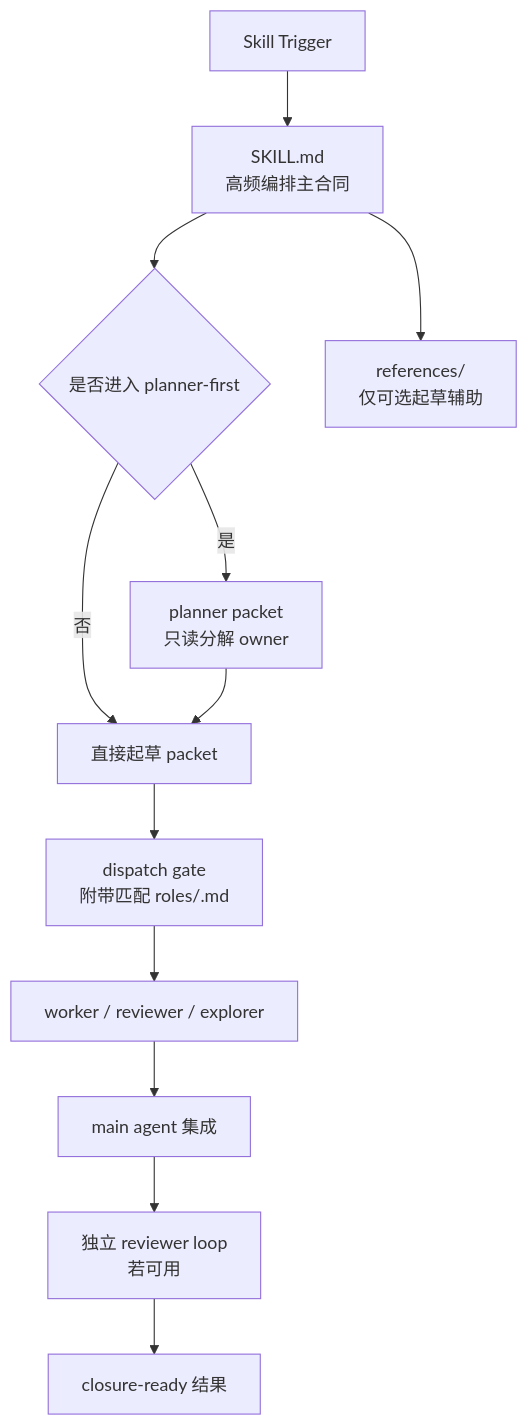
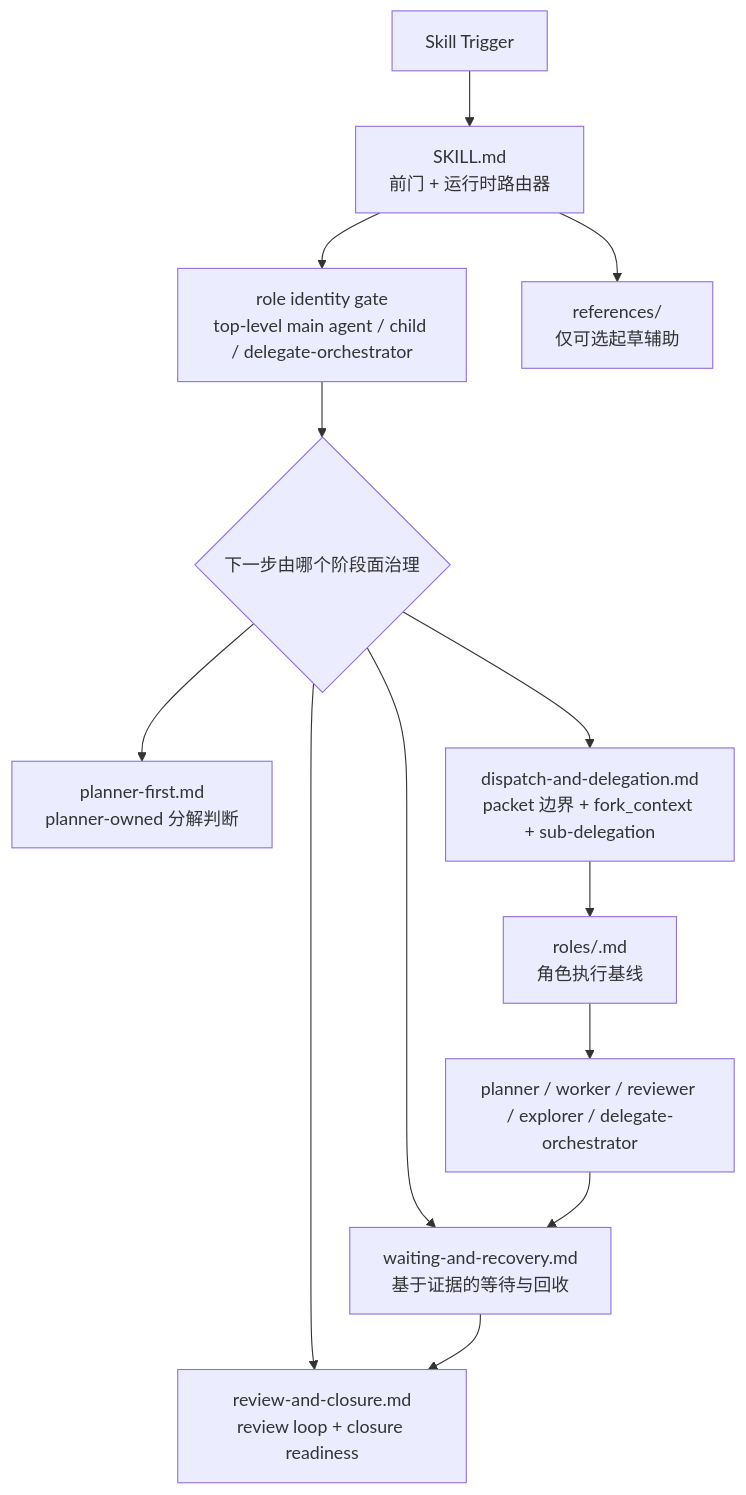
One commit to 1972143344-max/main-subagent-orchestration changed the diagram in README.zh-CN.md. Above: the diagram before and after it, drawn with Mermaid. The commit also changed other lines of this file and 13 other files, not shown here.

````diff
--- a/README.zh-CN.md
+++ b/README.zh-CN.md
@@ -9,14 +9,15 @@
 ```mermaid
 flowchart TD
-    A["Skill Trigger"] --> B["SKILL.md<br/>高频编排主合同"]
-    B --> C{"是否进入 planner-first"}
-    C -- "是" --> D["planner packet<br/>只读分解 owner"]
-    C -- "否" --> E["直接起草 packet"]
-    D --> E
-    E --> F["dispatch gate<br/>附带匹配 roles/<role>.md"]
-    F --> G["worker / reviewer / explorer"]
-    G --> H["main agent 集成"]
-    H --> I["独立 reviewer loop<br/>若可用"]
-    I --> J["closure-ready 结果"]
+    A["Skill Trigger"] --> B["SKILL.md<br/>前门 + 运行时路由器"]
+    B --> C["role identity gate<br/>top-level main agent / child / delegate-orchestrator"]
+    C --> D{"下一步由哪个阶段面治理"}
+    D --> E["planner-first.md<br/>planner-owned 分解判断"]
+    D --> F["dispatch-and-delegation.md<br/>packet 边界 + fork_context + sub-delegation"]
+    D --> G["waiting-and-recovery.md<br/>基于证据的等待与回收"]
+    D --> H["review-and-closure.md<br/>review loop + closure readiness"]
+    F --> I["roles/<role>.md<br/>角色执行基线"]
+    I --> J["planner / worker / reviewer / explorer / delegate-orchestrator"]
     B --> K["references/<br/>仅可选起草辅助"]
+    J --> G
+    G --> H
 ```
````
